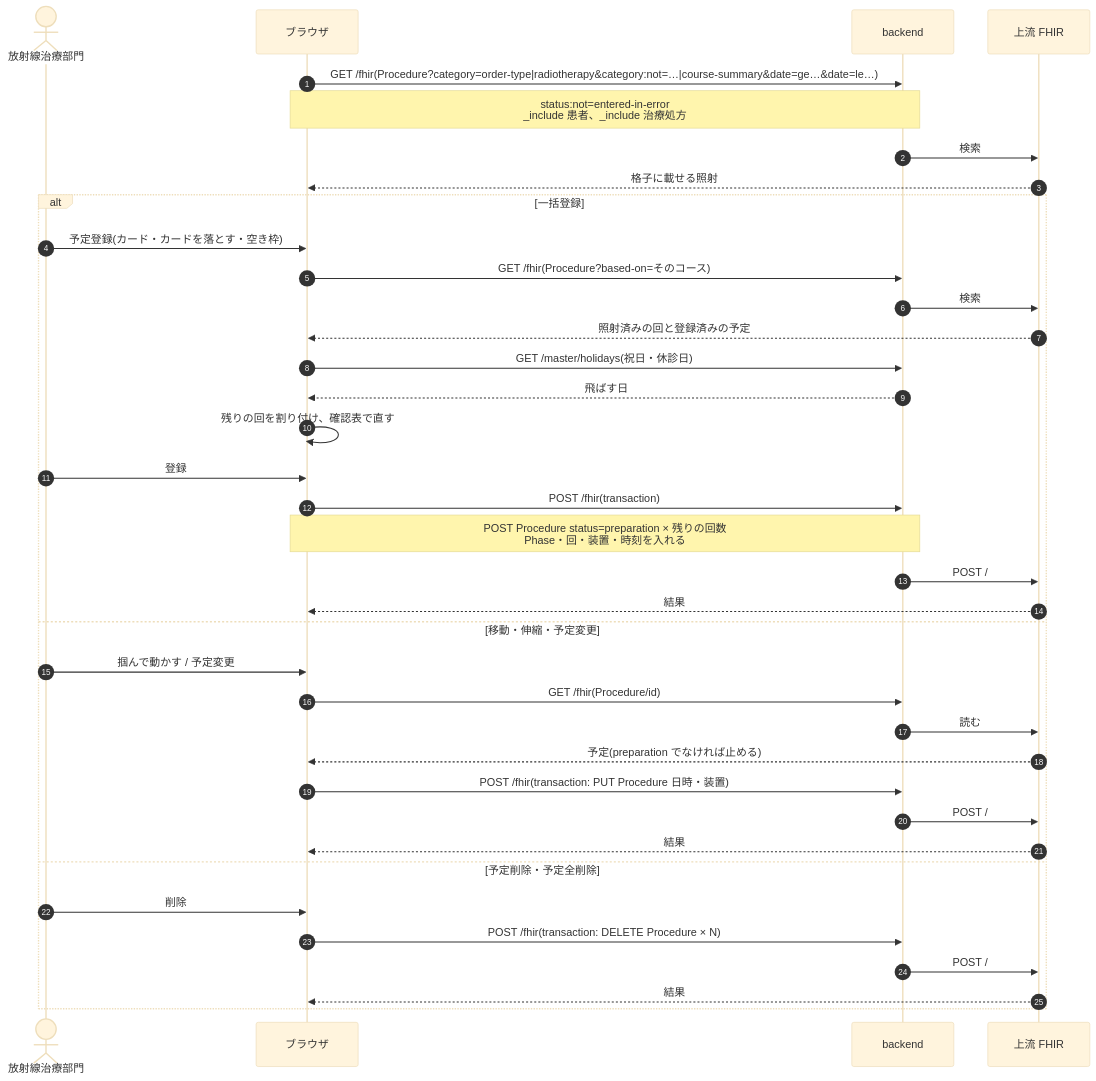
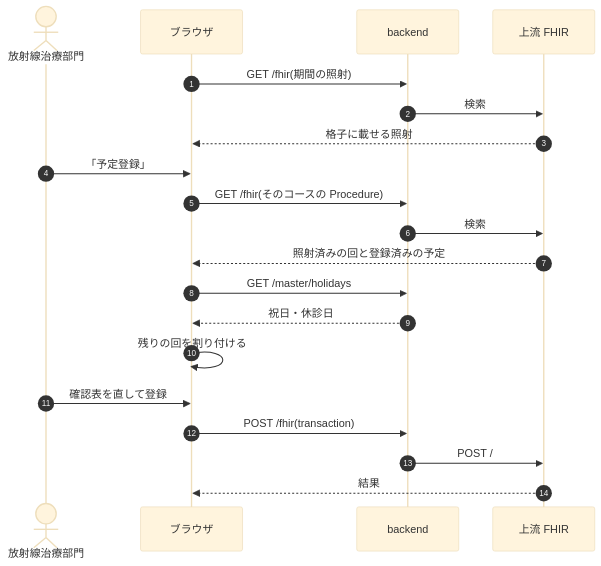
One commit to ysnr-dev/fhir-client-docs changed the fifth of 8 diagrams in docs/dev/radiotherapy.md. Above: the diagram before and after it, drawn with Mermaid (base theme). The commit also changed other lines of this file and 43 other files, not shown here.

Commit message:
docs: 業務フローとシーケンス図を写し直し

````diff
--- a/docs/dev/radiotherapy.md
+++ b/docs/dev/radiotherapy.md
@@ -141,40 +263,23 @@
 ```mermaid
 sequenceDiagram
   autonumber
   actor Dept as 放射線治療部門
   participant UI as ブラウザ
   participant BE as backend
   participant FHIR as 上流 FHIR
 
-  UI->>BE: GET /fhir(Procedure?category=order-type|radiotherapy&category:not=…|course-summary&date=ge…&date=le…)
-  Note over UI,BE: status:not=entered-in-error<br/>_include 患者、_include 治療処方
+  UI->>BE: GET /fhir(期間の照射)
   BE->>FHIR: 検索
   FHIR-->>UI: 格子に載せる照射
-  alt 一括登録
-    Dept->>UI: 予定登録(カード・カードを落とす・空き枠)
-    UI->>BE: GET /fhir(Procedure?based-on=そのコース)
-    BE->>FHIR: 検索
-    FHIR-->>UI: 照射済みの回と登録済みの予定
-    UI->>BE: GET /master/holidays(祝日・休診日)
-    BE-->>UI: 飛ばす日
-    UI->>UI: 残りの回を割り付け、確認表で直す
-    Dept->>UI: 登録
-    UI->>BE: POST /fhir(transaction)
-    Note over UI,BE: POST Procedure status=preparation × 残りの回数<br/>Phase・回・装置・時刻を入れる
-    BE->>FHIR: POST /
-    FHIR-->>UI: 結果
-  else 移動・伸縮・予定変更
-    Dept->>UI: 掴んで動かす / 予定変更
-    UI->>BE: GET /fhir(Procedure/id)
-    BE->>FHIR: 読む
-    FHIR-->>UI: 予定(preparation でなければ止める)
-    UI->>BE: POST /fhir(transaction: PUT Procedure 日時・装置)
-    BE->>FHIR: POST /
-    FHIR-->>UI: 結果
-  else 予定削除・予定全削除
-    Dept->>UI: 削除
-    UI->>BE: POST /fhir(transaction: DELETE Procedure × N)
-    BE->>FHIR: POST /
-    FHIR-->>UI: 結果
-  end
+  Dept->>UI: 「予定登録」
+  UI->>BE: GET /fhir(そのコースの Procedure)
+  BE->>FHIR: 検索
+  FHIR-->>UI: 照射済みの回と登録済みの予定
+  UI->>BE: GET /master/holidays
+  BE-->>UI: 祝日・休診日
+  UI->>UI: 残りの回を割り付ける
+  Dept->>UI: 確認表を直して登録
+  UI->>BE: POST /fhir(transaction)
+  BE->>FHIR: POST /
+  FHIR-->>UI: 結果
 ```
````
